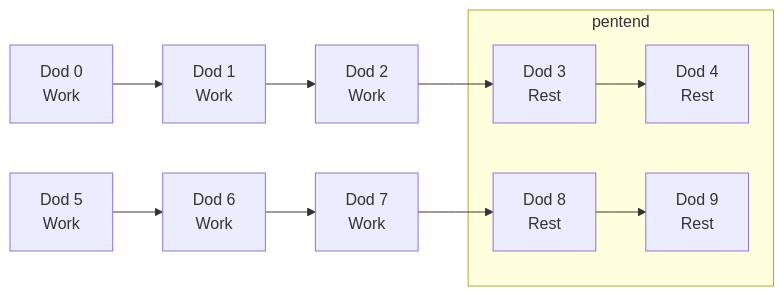
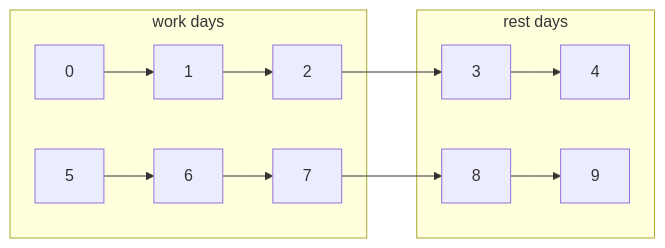
Before and after one commit to maptv/maptv.github.io: the first of 2 diagrams in dec/date/index.qmd, drawn with Mermaid. The commit also changed other lines of this file and 19 other files, not shown here.

````diff
--- a/dec/date/index.qmd
+++ b/dec/date/index.qmd
@@ -276,11 +276,20 @@
 ```{mermaid}
+%%{ init : { "theme" : "default", "flowchart" : { "curve" : "linear" }}}%%
 flowchart LR
-   A[Dod 0\nWork]-->B[Dod 1\nWork]-->C[Dod 2\nWork]-->D[Dod 3\nRest]-->E[Dod 4\nRest]
-   F[Dod 5\nWork]-->G[Dod 6\nWork]-->H[Dod 7\nWork]-->I[Dod 8\nRest]-->J[Dod 9\nRest]
-   subgraph pentend[pentend]
+   A[0]-->B[1]-->C[2]-->D[3]-->E[4]
+   F[5]-->G[6]-->H[7]-->I[8]-->J[9]
+   subgraph pentstart[work days]
+   A
+   B
+   C
+   F
+   G
+   H
+   end
+   subgraph pentend[rest days]
    D
    E
    I
    J
    end
 ```
````
